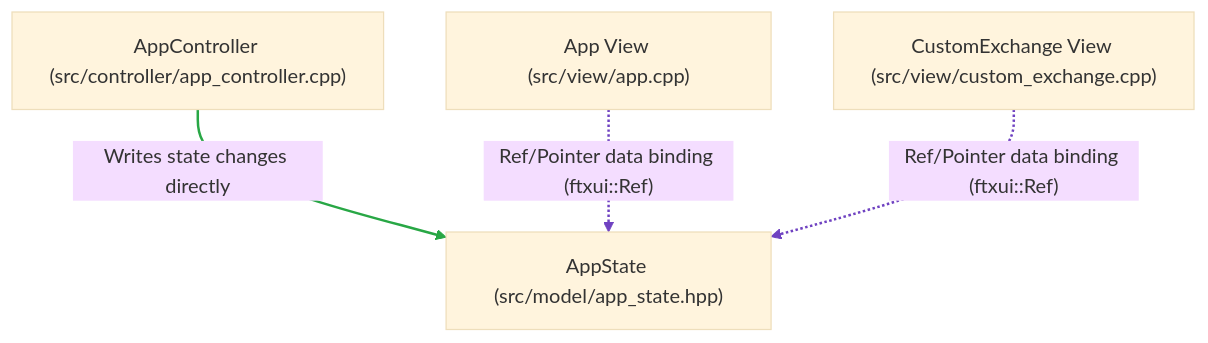
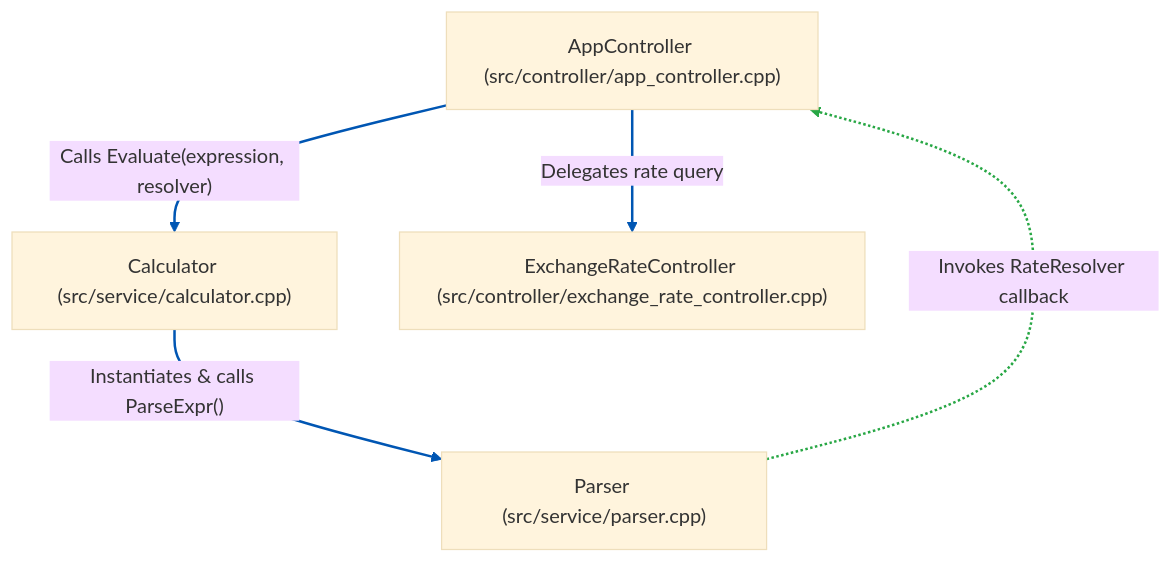
One commit to MallocNexus/calc_cli changed the fourth of 6 diagrams in docs/separation-of-concerns.md. Above: the diagram before and after it, drawn with Mermaid (base theme). The commit also changed other lines of this file and 16 other files, not shown here.

First line of the commit message:
Refactor calculator and parser components into service layer

````diff
--- a/docs/separation-of-concerns.md
+++ b/docs/separation-of-concerns.md
@@ -165,17 +176,18 @@
 ```mermaid
 graph TD
     AppCtrl["AppController (src/controller/app_controller.cpp)"]
-    AppState["AppState (src/model/app_state.hpp)"]
-    App["App View (src/view/app.cpp)"]
-    CustomExchange["CustomExchange View (src/view/custom_exchange.cpp)"]
+    Calc["Calculator (src/service/calculator.cpp)"]
+    Parser["Parser (src/service/parser.cpp)"]
+    ExchCtrl["ExchangeRateController (src/controller/exchange_rate_controller.cpp)"]
 
-    AppCtrl -->|"Writes state changes directly"| AppState
-    App -.->|"Ref/Pointer data binding (ftxui::Ref)"| AppState
-    CustomExchange -.->|"Ref/Pointer data binding (ftxui::Ref)"| AppState
+    AppCtrl -->|"Calls Evaluate(expression, resolver)"| Calc
+    Calc -->|"Instantiates & calls ParseExpr()"| Parser
+    Parser -.->|"Invokes RateResolver callback"| AppCtrl
+    AppCtrl -->|"Delegates rate query"| ExchCtrl
 
-    %% Style Event/Delegation Green
-    linkStyle 0 stroke:#28a745,stroke-width:2px;
+    %% Style Callback Green
+    linkStyle 2 stroke:#28a745,stroke-width:2px;
 
-    %% Style Data Binding Purple
-    linkStyle 1,2 stroke:#6f42c1,stroke-width:2px;
+    %% Style Other Flow Lines Darker Blue
+    linkStyle 0,1,3 stroke:#0056b3,stroke-width:2px;
 ```
````
